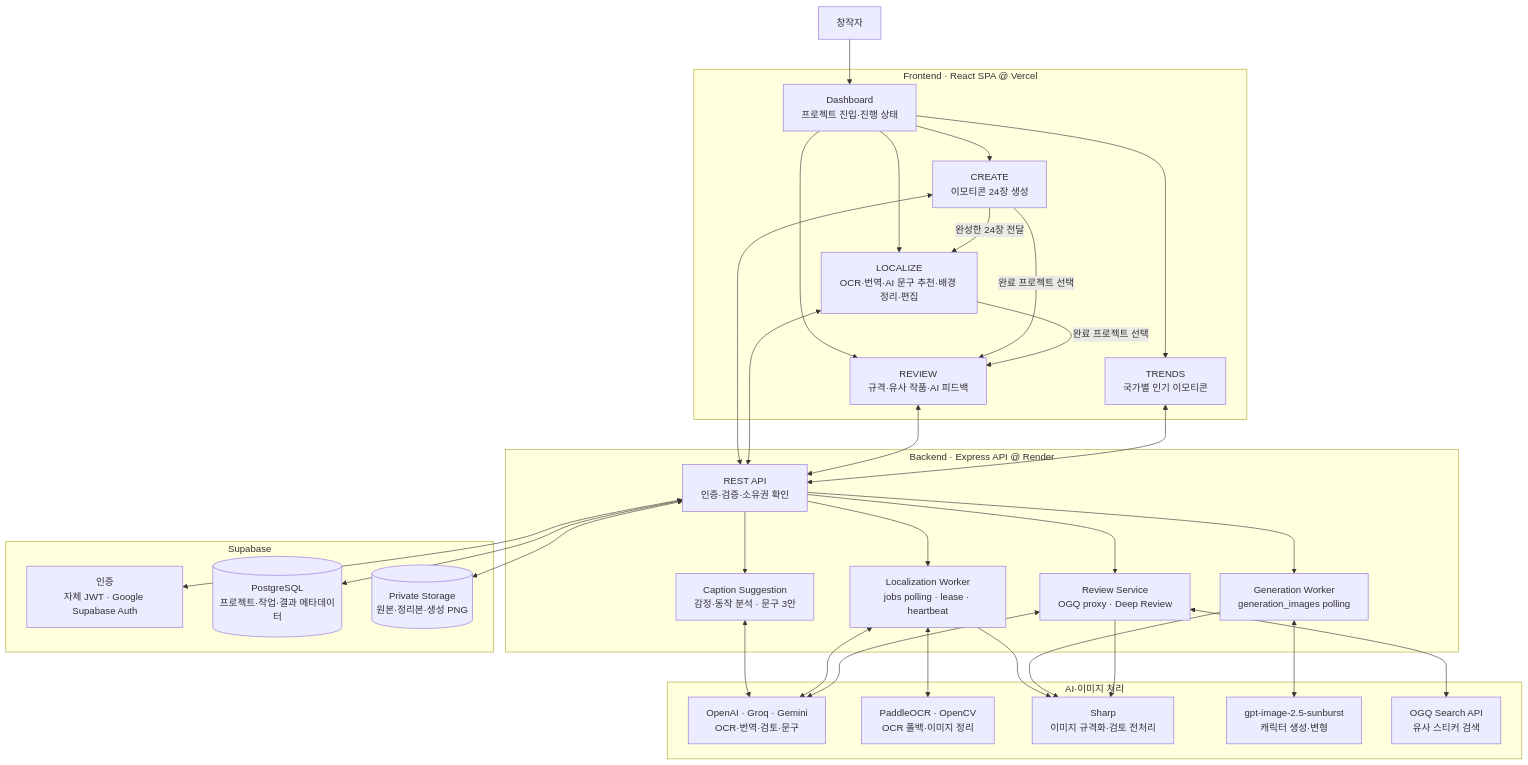
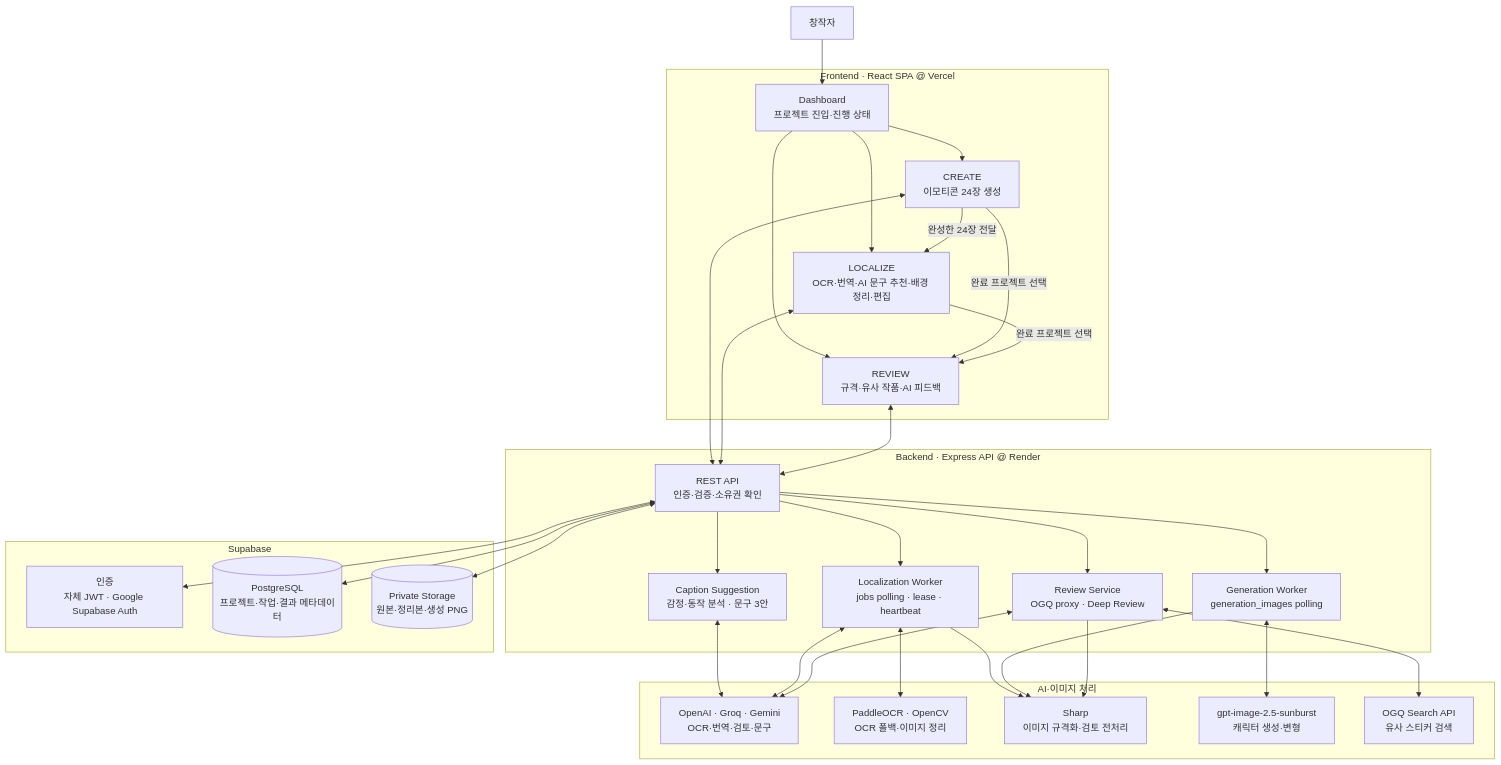
One commit to Linkshimcat/Glocalizer changed the first of 4 diagrams in README.md. Above: the diagram before and after it, drawn with Mermaid. The commit also changed other lines of this file, not shown here.

First line of the commit message:
docs: README에서 폐지된 국가별 인기 이모티콘(/trends) 설명 제거

````diff
--- a/README.md
+++ b/README.md
@@ -45,64 +44,61 @@
 ```mermaid
 flowchart TB
     user["창작자"]
 
     subgraph client["Frontend · React SPA @ Vercel"]
         dashboard["Dashboard<br/>프로젝트 진입·진행 상태"]
         create["CREATE<br/>이모티콘 24장 생성"]
         localize["LOCALIZE<br/>OCR·번역·AI 문구 추천·배경 정리·편집"]
         review["REVIEW<br/>규격·유사 작품·AI 피드백"]
-        trends["TRENDS<br/>국가별 인기 이모티콘"]
     end
 
     subgraph server["Backend · Express API @ Render"]
         api["REST API<br/>인증·검증·소유권 확인"]
         localizationWorker["Localization Worker<br/>jobs polling · lease · heartbeat"]
         generationWorker["Generation Worker<br/>generation_images polling"]
         reviewService["Review Service<br/>OGQ proxy · Deep Review"]
         captionService["Caption Suggestion<br/>감정·동작 분석 · 문구 3안"]
     end
 
     subgraph data["Supabase"]
         auth["인증<br/>자체 JWT · Google Supabase Auth"]
         db[("PostgreSQL<br/>프로젝트·작업·결과 메타데이터")]
         storage[("Private Storage<br/>원본·정리본·생성 PNG")]
     end
 
     subgraph ai["AI·이미지 처리"]
         textVision["OpenAI · Groq · Gemini<br/>OCR·번역·검토·문구"]
         localOcr["PaddleOCR · OpenCV<br/>OCR 폴백·이미지 정리"]
         sharp["Sharp<br/>이미지 규격화·검토 전처리"]
         imageModel["gpt-image-2.5-sunburst<br/>캐릭터 생성·변형"]
         ogq["OGQ Search API<br/>유사 스티커 검색"]
     end
 
     user --> dashboard
     dashboard --> create
     dashboard --> localize
     dashboard --> review
-    dashboard --> trends
     create -->|"완성한 24장 전달"| localize
     create -->|"완료 프로젝트 선택"| review
     localize -->|"완료 프로젝트 선택"| review
 
     create <--> api
     localize <--> api
     review <--> api
-    trends <--> api
     api <--> auth
     api <--> db
     api <--> storage
     api --> localizationWorker
     api --> generationWorker
     api --> reviewService
     api --> captionService
     captionService <--> textVision
     localizationWorker <--> textVision
     localizationWorker <--> localOcr
     localizationWorker --> sharp
     generationWorker <--> imageModel
     generationWorker --> sharp
     reviewService <--> textVision
     reviewService --> sharp
     reviewService <--> ogq
 ```
````
